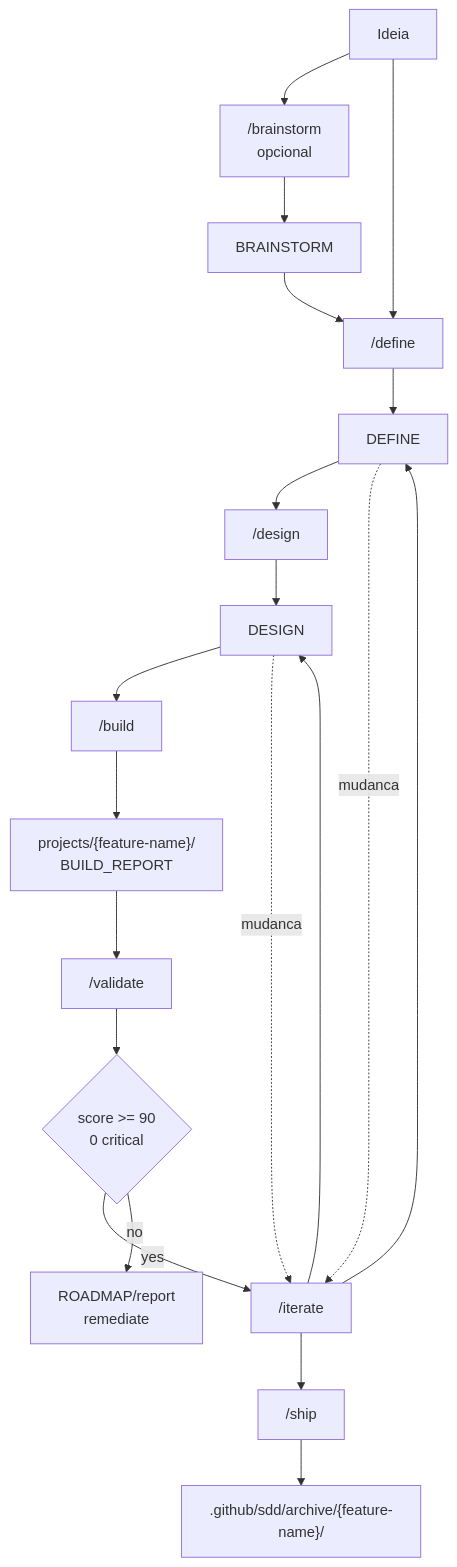
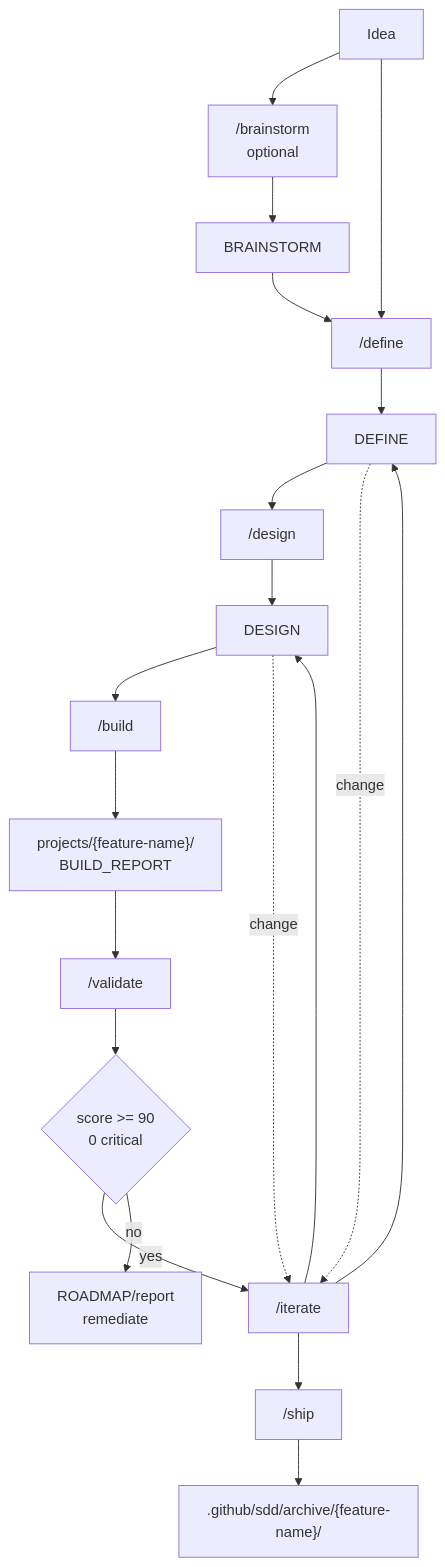
The diagram in docs/reference/skills/workflow-commands.md (Tiao553/sdd-harness-copilot), drawn with Mermaid before and after one commit. The commit also changed other lines of this file and 19 other files, not shown here.

````diff
--- a/docs/reference/skills/workflow-commands.md
+++ b/docs/reference/skills/workflow-commands.md
@@ -21,22 +21,22 @@
 ```mermaid
 flowchart TD
-    A["Ideia"] --> B["/brainstorm<br/>opcional"]
+    A["Idea"] --> B["/brainstorm<br/>optional"]
     B --> C["BRAINSTORM"]
     A --> D["/define"]
     C --> D
     D --> E["DEFINE"]
     E --> F["/design"]
     F --> G["DESIGN"]
     G --> H["/build"]
     H --> I["projects/{feature-name}/<br/>BUILD_REPORT"]
     I --> J["/validate"]
     J --> K{"score >= 90<br/>0 critical"}
     K -->|yes| L["RUNBOOK"]
     L --> M["/ship"]
     K -->|no| N["ROADMAP/report<br/>remediate"]
     M --> O[".github/sdd/archive/{feature-name}/"]
-    E -. mudanca .-> L["/iterate"]
-    G -. mudanca .-> L
+    E -. change .-> L["/iterate"]
+    G -. change .-> L
     L --> E
     L --> G
 ```
````
